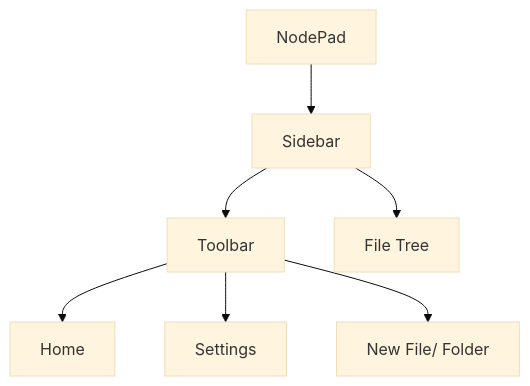
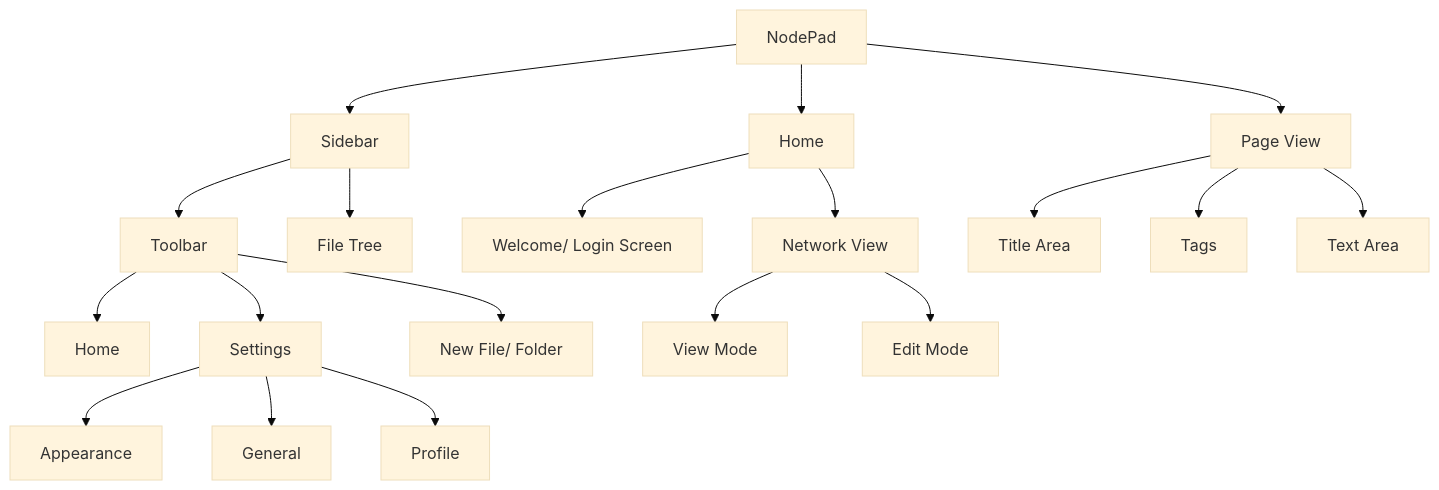
Before and after one commit to samcalthrop/NodePad: the diagram in Write-up/1 - Analysis/1.3-computational_methods.md, drawn with Mermaid (base theme).

Commit message:
stuff yknow

````diff
--- a/Write-up/1 - Analysis/1.3-computational_methods.md
+++ b/Write-up/1 - Analysis/1.3-computational_methods.md
@@ -58,10 +58,24 @@
 ```mermaid
 flowchart TD
 
 A[NodePad] --> B[Sidebar]
 B --> C[Toolbar]
 B --> D[File Tree]
 C --> E[Home]
 C --> F[Settings]
-C --> G[New File/ Folder]
+F --> G[Appearance]
+F --> H[General]
+F --> I[Profile]
+C --> J[New File/ Folder]
+
+A --> K[Home]
+K --> L[Welcome/ Login Screen]
+K --> M[Network View]
+M --> N[View Mode]
+M --> O[Edit Mode]
+
+A --> P[Page View]
+P --> Q[Title Area]
+P --> R[Tags]
+P --> S[Text Area]
 ```
````
